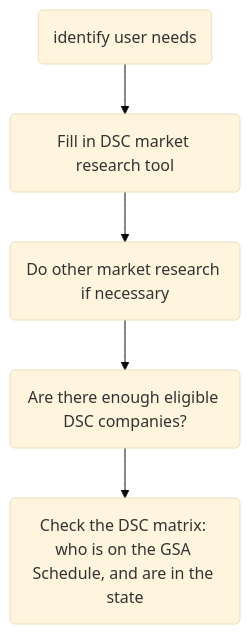
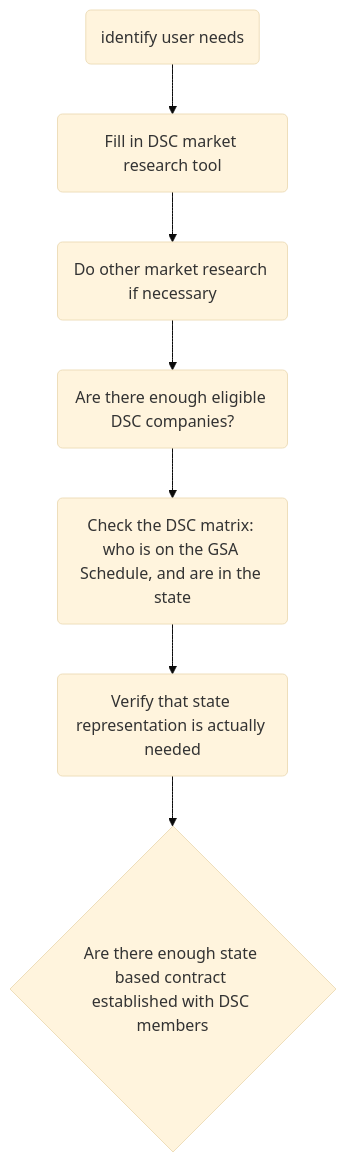
The diagram in dsc-decision-tree.md (mgifford/mermaid-graphs), drawn with Mermaid (base theme) before and after one commit.

````diff
--- a/dsc-decision-tree.md
+++ b/dsc-decision-tree.md
@@ -3,8 +3,11 @@
 ```mermaid
 graph TD
     UserNeeds(identify user needs)-->DSC_MR(Fill in DSC market research tool);
     DSC_MR-->More_MR(Do other market research if necessary);
 
     More_MR-->CompanyPool(Are there enough eligible DSC companies?);
     CompanyPool-->DSC_Matrix(Check the DSC matrix: who is on the GSA Schedule, and are in the state);
+
+    DSC_Matrix-->StateRepresentation(Verify that state representation is actually needed);
+    StateRepresentation-->DSC_InState{Are there enough state based contract established with DSC members};
 ```
````
